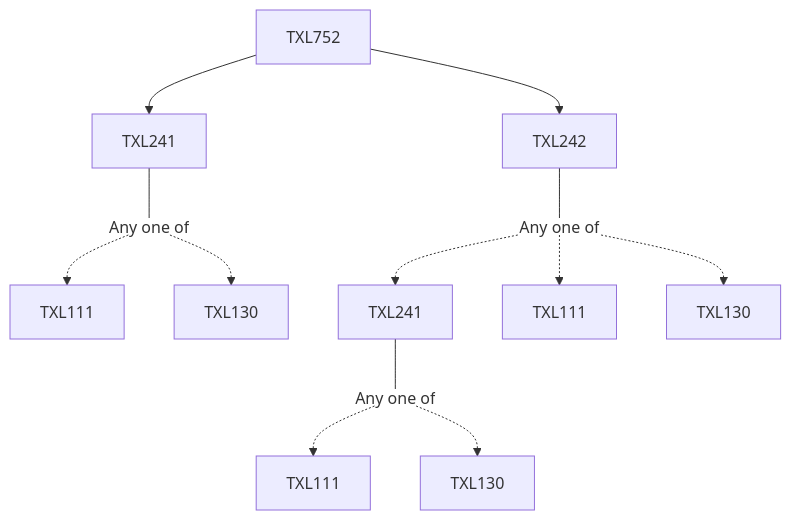
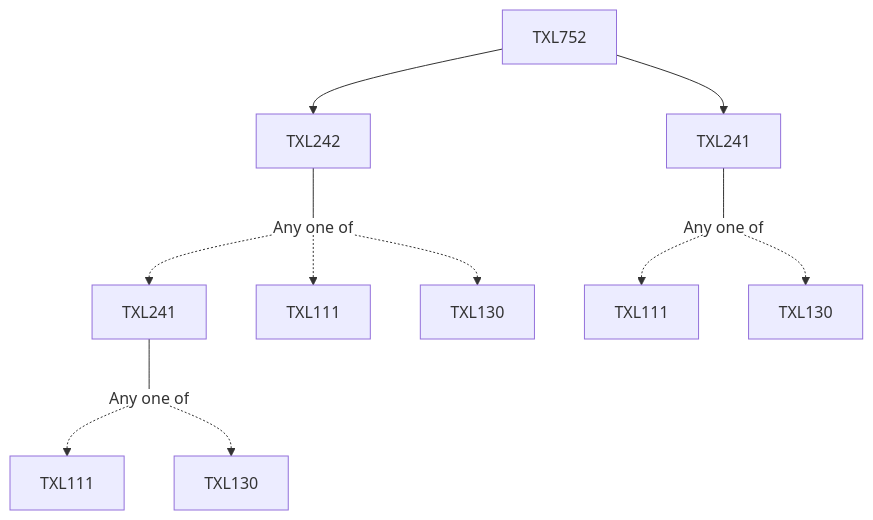
Before and after one commit to KeshavBansal0122/CoS_Website: the diagram in content/Textile and Fibre Engineering/TXL752.md, drawn with Mermaid. The commit also changed other lines of this file and 392 other files, not shown here.

````diff
--- a/content/Textile and Fibre Engineering/TXL752.md
+++ b/content/Textile and Fibre Engineering/TXL752.md
@@ -13,19 +13,19 @@
 ```mermaid
 flowchart TD
 TXL752-831[TXL752]
+TXL752-831 --> TXL241-831[TXL241]
+TXL242-831 --- Or835[Any one of]:::empty
+Or835 -.-> TXL241-836[TXL241]
+TXL241-836 --- Or837[Any one of]:::empty
+Or837 -.-> TXL111-838[TXL111]
+Or837 -.-> TXL130-839[TXL130]
+Or835 -.-> TXL111-840[TXL111]
+Or835 -.-> TXL130-841[TXL130]
 TXL752-831 --> TXL242-831[TXL242]
-TXL752-831 --> TXL241-831[TXL241]
 TXL241-831 --- Or832[Any one of]:::empty
 Or832 -.-> TXL111-833[TXL111]
 Or832 -.-> TXL130-834[TXL130]
-TXL242-831 --- Or835[Any one of]:::empty
-TXL241-836 --- Or837[Any one of]:::empty
-Or837 -.-> TXL111-838[TXL111]
-Or837 -.-> TXL130-839[TXL130]
-Or835 -.-> TXL241-836[TXL241]
-Or835 -.-> TXL111-840[TXL111]
-Or835 -.-> TXL130-841[TXL130]
 
 classDef empty height:17px, fill:transparent, stroke:transparent;
 classDef trueEmpty height:0px, width:0px;
 ```
````
